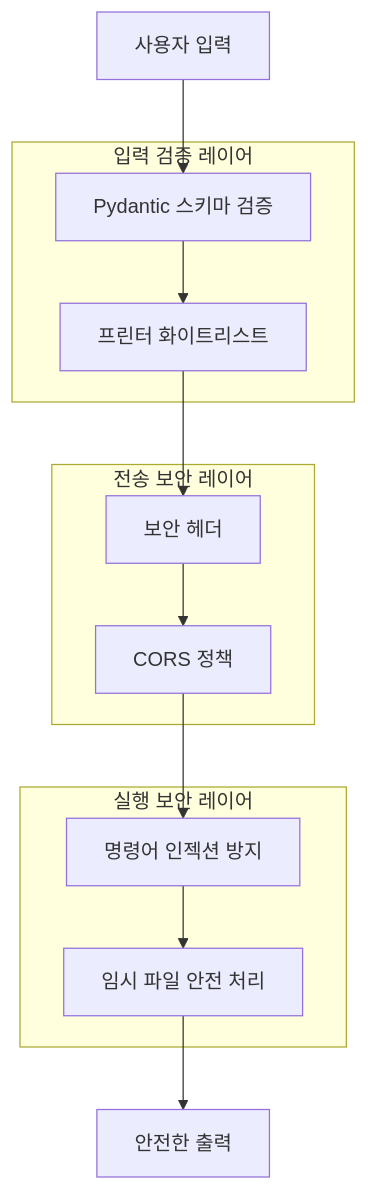
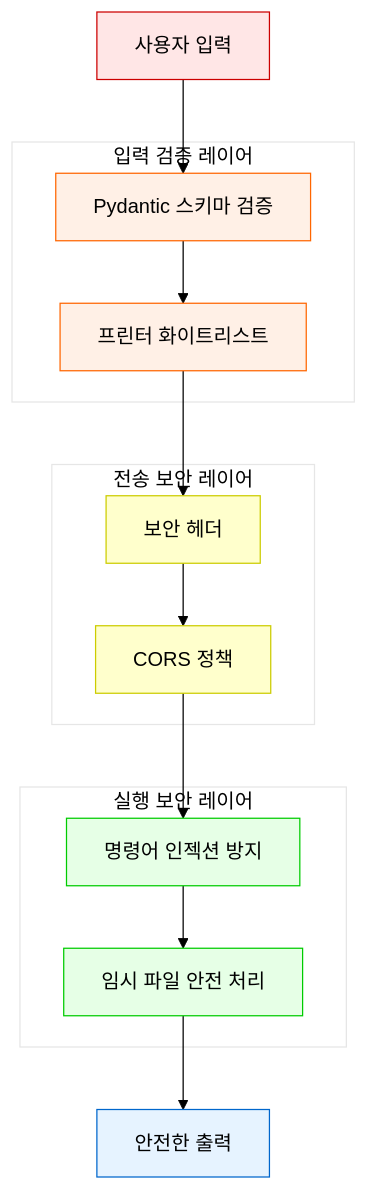
Before and after one commit to nicewook/receipt-printer: the fifth of 5 diagrams in docs/architecture-overview.md, drawn with Mermaid. The commit also changed other lines of this file, not shown here.

First line of the commit message:
Improve Mermaid diagram readability and visual design

````diff
--- a/docs/architecture-overview.md
+++ b/docs/architecture-overview.md
@@ -206,25 +279,43 @@
 ```mermaid
+%%{init: {
+  'theme': 'base',
+  'themeVariables': {
+    'primaryColor': '#ffffff',
+    'primaryTextColor': '#000000',
+    'primaryBorderColor': '#000000',
+    'lineColor': '#000000'
+  }
+}}%%
 graph TB
     subgraph "입력 검증 레이어"
         PYDANTIC[Pydantic 스키마 검증]
         WHITELIST[프린터 화이트리스트]
     end
     
     subgraph "전송 보안 레이어"
         HEADERS[보안 헤더]
         CORS[CORS 정책]
     end
     
     subgraph "실행 보안 레이어"
         SHLEX[명령어 인젝션 방지]
         TEMPFILE[임시 파일 안전 처리]
     end
     
     INPUT[사용자 입력] --> PYDANTIC
     PYDANTIC --> WHITELIST
     WHITELIST --> HEADERS
     HEADERS --> CORS
     CORS --> SHLEX
     SHLEX --> TEMPFILE
     TEMPFILE --> OUTPUT[안전한 출력]
+    
+    style INPUT fill:#ffe6e6,stroke:#cc0000,color:#000000
+    style PYDANTIC fill:#fff0e6,stroke:#ff6600,color:#000000
+    style WHITELIST fill:#fff0e6,stroke:#ff6600,color:#000000
+    style HEADERS fill:#ffffcc,stroke:#cccc00,color:#000000
+    style CORS fill:#ffffcc,stroke:#cccc00,color:#000000
+    style SHLEX fill:#e6ffe6,stroke:#00cc00,color:#000000
+    style TEMPFILE fill:#e6ffe6,stroke:#00cc00,color:#000000
+    style OUTPUT fill:#e6f3ff,stroke:#0066cc,color:#000000
 ```
````
